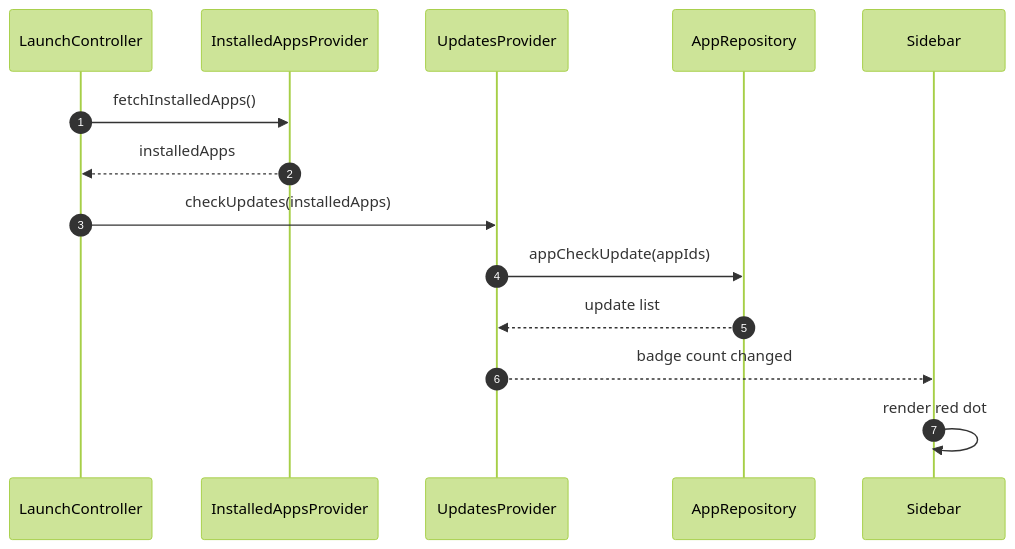
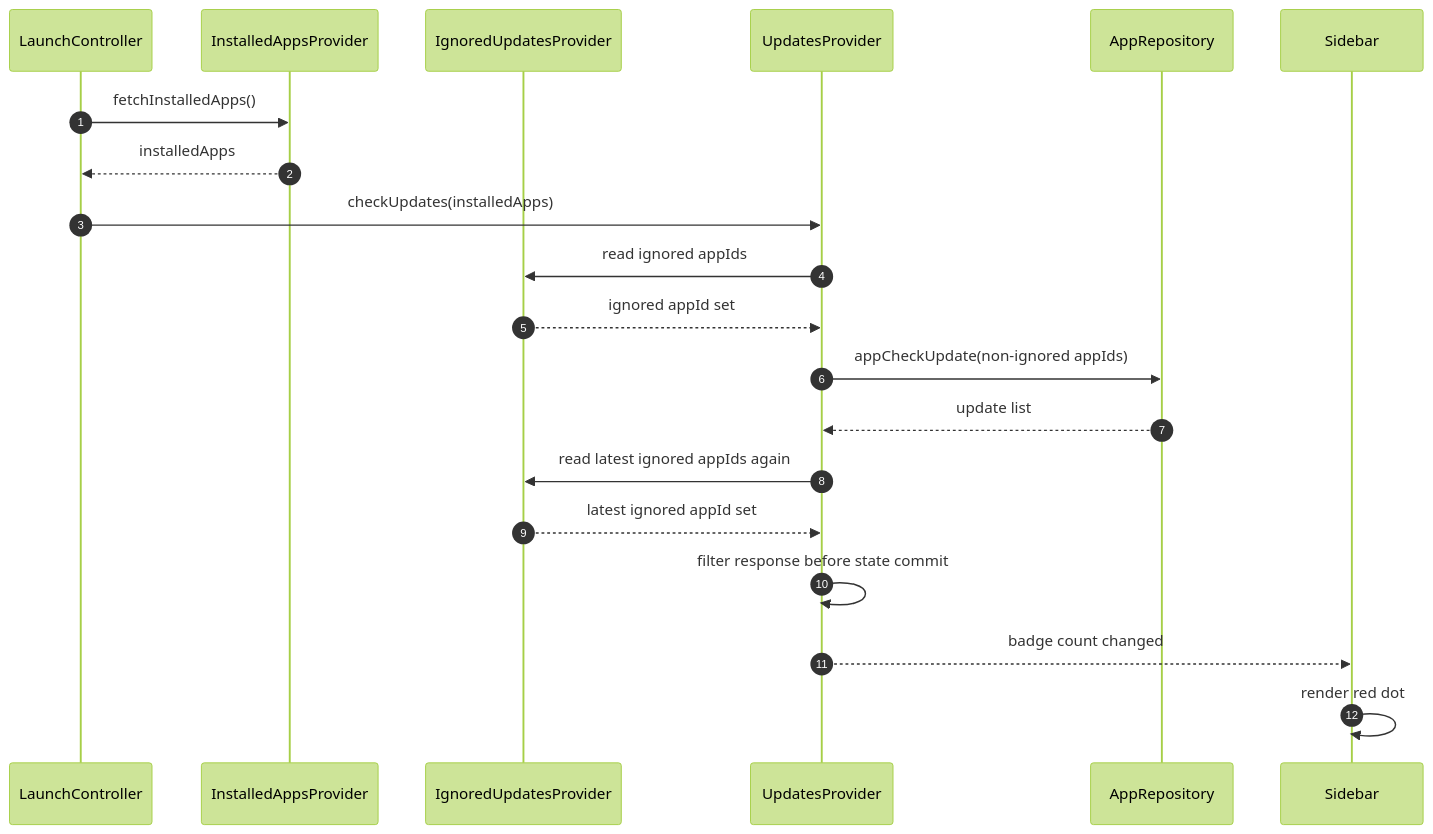
Before and after one commit to HanHan666666/flutter-linglong-store: diagram 13 of 17 in docs/07-runtime-sequence-and-state-diagrams.md, drawn with Mermaid (forest theme). The commit also changed other lines of this file and 21 other files, not shown here.

````diff
--- a/docs/07-runtime-sequence-and-state-diagrams.md
+++ b/docs/07-runtime-sequence-and-state-diagrams.md
@@ -535,17 +535,23 @@
 ```mermaid
 sequenceDiagram
     autonumber
     participant Launch as LaunchController
     participant Installed as InstalledAppsProvider
+    participant Ignored as IgnoredUpdatesProvider
     participant Updates as UpdatesProvider
     participant HTTP as AppRepository
     participant Sidebar as Sidebar
 
     Launch->>Installed: fetchInstalledApps()
     Installed-->>Launch: installedApps
     Launch->>Updates: checkUpdates(installedApps)
-    Updates->>HTTP: appCheckUpdate(appIds)
+    Updates->>Ignored: read ignored appIds
+    Ignored-->>Updates: ignored appId set
+    Updates->>HTTP: appCheckUpdate(non-ignored appIds)
     HTTP-->>Updates: update list
+    Updates->>Ignored: read latest ignored appIds again
+    Ignored-->>Updates: latest ignored appId set
+    Updates->>Updates: filter response before state commit
     Updates-->>Sidebar: badge count changed
     Sidebar->>Sidebar: render red dot
 ```
````
